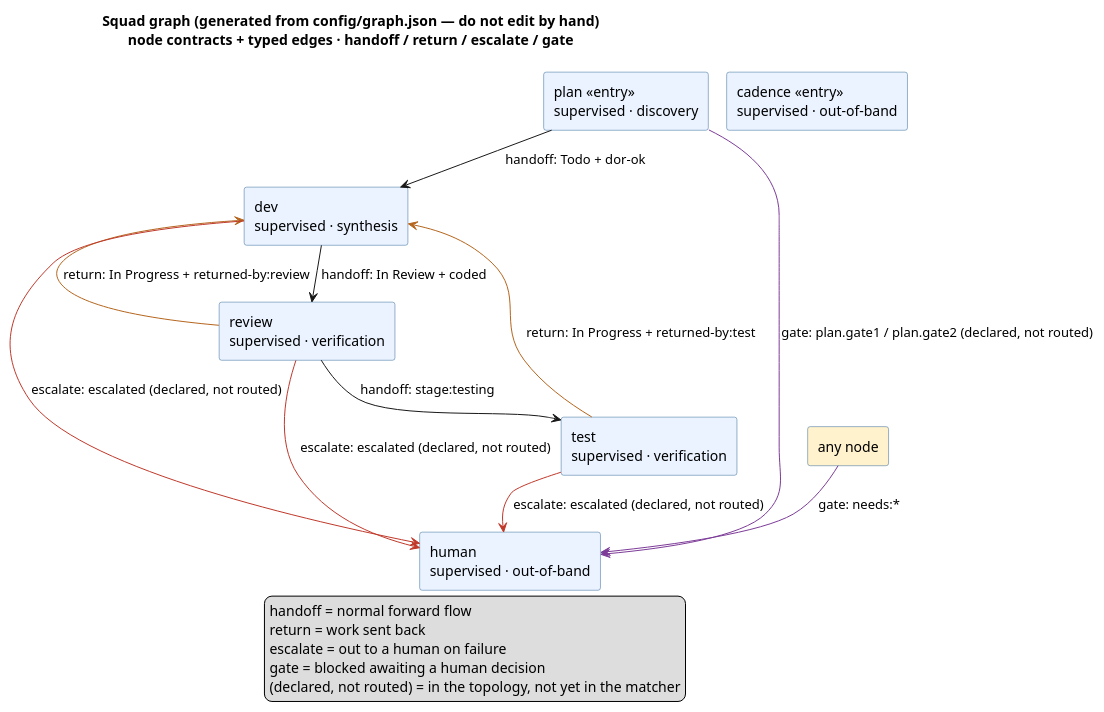
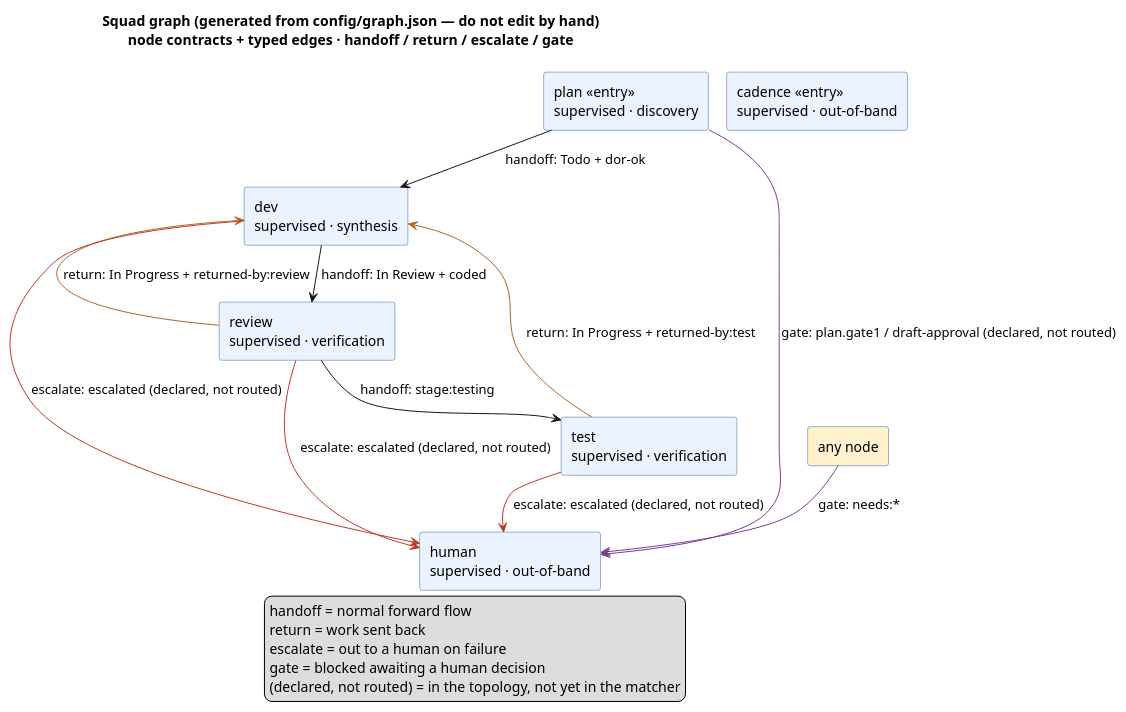
The diagram in docs/diagrams/07_squad_graph.puml (joint-hubs/linear-agents), drawn with PlantUML before and after one commit. The commit also changed 5 other files, not shown here.

First line of the commit message:
feat(plan-graph): plan.ready readiness node, step-level decide edge, draft-approval gate (FOC-476)

```diff
--- a/docs/diagrams/07_squad_graph.puml
+++ b/docs/diagrams/07_squad_graph.puml
@@ -1,38 +1,38 @@
 @startuml
 !pragma layout smetana
 title Squad graph (generated from config/graph.json — do not edit by hand)\nnode contracts + typed edges · handoff / return / escalate / gate
 
 skinparam rectangle {
   BackgroundColor #EAF3FF
   BorderColor #336699
   FontName Helvetica
 }
 
 rectangle "plan «entry»\nsupervised · discovery" as plan
 rectangle "dev\nsupervised · synthesis" as dev
 rectangle "review\nsupervised · verification" as review
 rectangle "test\nsupervised · verification" as test
 rectangle "cadence «entry»\nsupervised · out-of-band" as cadence
 rectangle "human\nsupervised · out-of-band" as human
 
 rectangle "any node" as ANY #FFF2CC
 
 ANY -[#7D3C98]-> human : gate: needs:*
 plan --> dev : handoff: Todo + dor-ok
 dev --> review : handoff: In Review + coded
 review --> test : handoff: stage:testing
 review -[#B5651D]-> dev : return: In Progress + returned-by:review
 test -[#B5651D]-> dev : return: In Progress + returned-by:test
 dev -[#C0392B]-> human : escalate: escalated (declared, not routed)
 review -[#C0392B]-> human : escalate: escalated (declared, not routed)
 test -[#C0392B]-> human : escalate: escalated (declared, not routed)
-plan -[#7D3C98]-> human : gate: plan.gate1 / plan.gate2 (declared, not routed)
+plan -[#7D3C98]-> human : gate: plan.gate1 / draft-approval (declared, not routed)
 
 legend right
   handoff = normal forward flow
   return = work sent back
   escalate = out to a human on failure
   gate = blocked awaiting a human decision
   (declared, not routed) = in the topology, not yet in the matcher
 end legend
 @enduml
```
